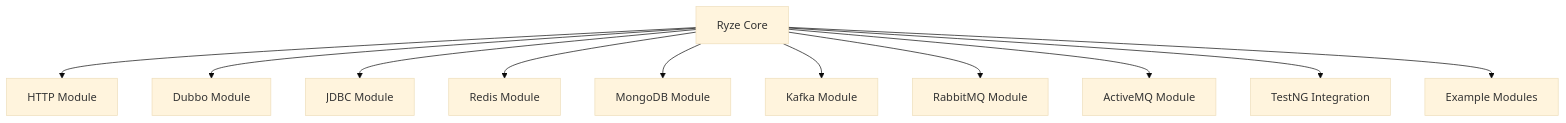
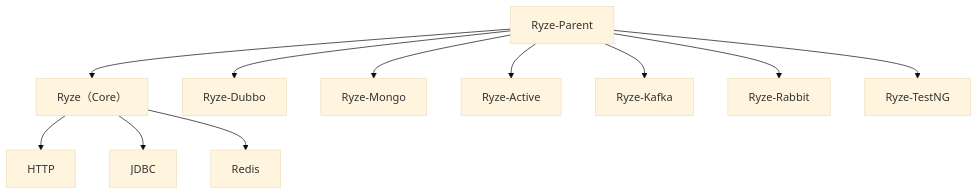
One commit to XiaoMiSum/ryze changed the diagram in docs/guide/introduction.md. Above: the diagram before and after it, drawn with Mermaid (base theme). The commit also changed 1 other file, not shown here.

Commit message:
:memo: docs: 更新架构图

````diff
--- a/docs/guide/introduction.md
+++ b/docs/guide/introduction.md
@@ -36,13 +36,15 @@
 ```mermaid
 graph TB
-    A[Ryze Core] --> B[HTTP Module]
-    A --> C[Dubbo Module]
-    A --> D[JDBC Module]
-    A --> E[Redis Module]
-    A --> F[MongoDB Module]
-    A --> G[Kafka Module]
-    A --> H[RabbitMQ Module]
-    A --> I[ActiveMQ Module]
-    A --> J[TestNG Integration]
-    A --> K[Example Modules]
+    A[Ryze-Parent] --> B[Ryze（Core）]
+    
+    B --> B1[HTTP]
+    B --> B2[JDBC]
+    B --> B3[Redis]
+    
+    A --> C[Ryze-Dubbo]
+    A --> D[Ryze-Mongo]
+    A --> E[Ryze-Active]
+    A --> F[Ryze-Kafka]
+    A --> G[Ryze-Rabbit]
+    A --> H[Ryze-TestNG]
 ```
````
